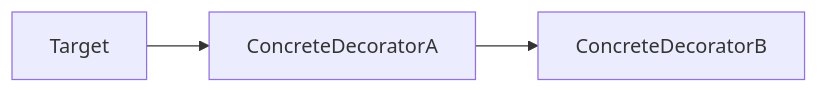
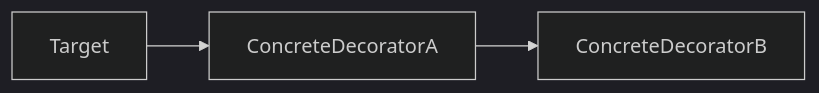
The second of 2 diagrams in _posts/设计模式/2022-05-08-装饰 (Decorator).markdown (xShokan/xShokan.github.io), drawn with Mermaid before and after one commit. The commit also changed 1 other file, not shown here.

````diff
--- a/_posts/设计模式/2022-05-08-装饰 (Decorator).markdown
+++ b/_posts/设计模式/2022-05-08-装饰 (Decorator).markdown
@@ -113,5 +113,6 @@
 ```mermaid
+%%{init: {'theme': 'dark'}}%%
 %% 对象链
 flowchart LR
 Target --> ConcreteDecoratorA --> ConcreteDecoratorB
 ```
````
